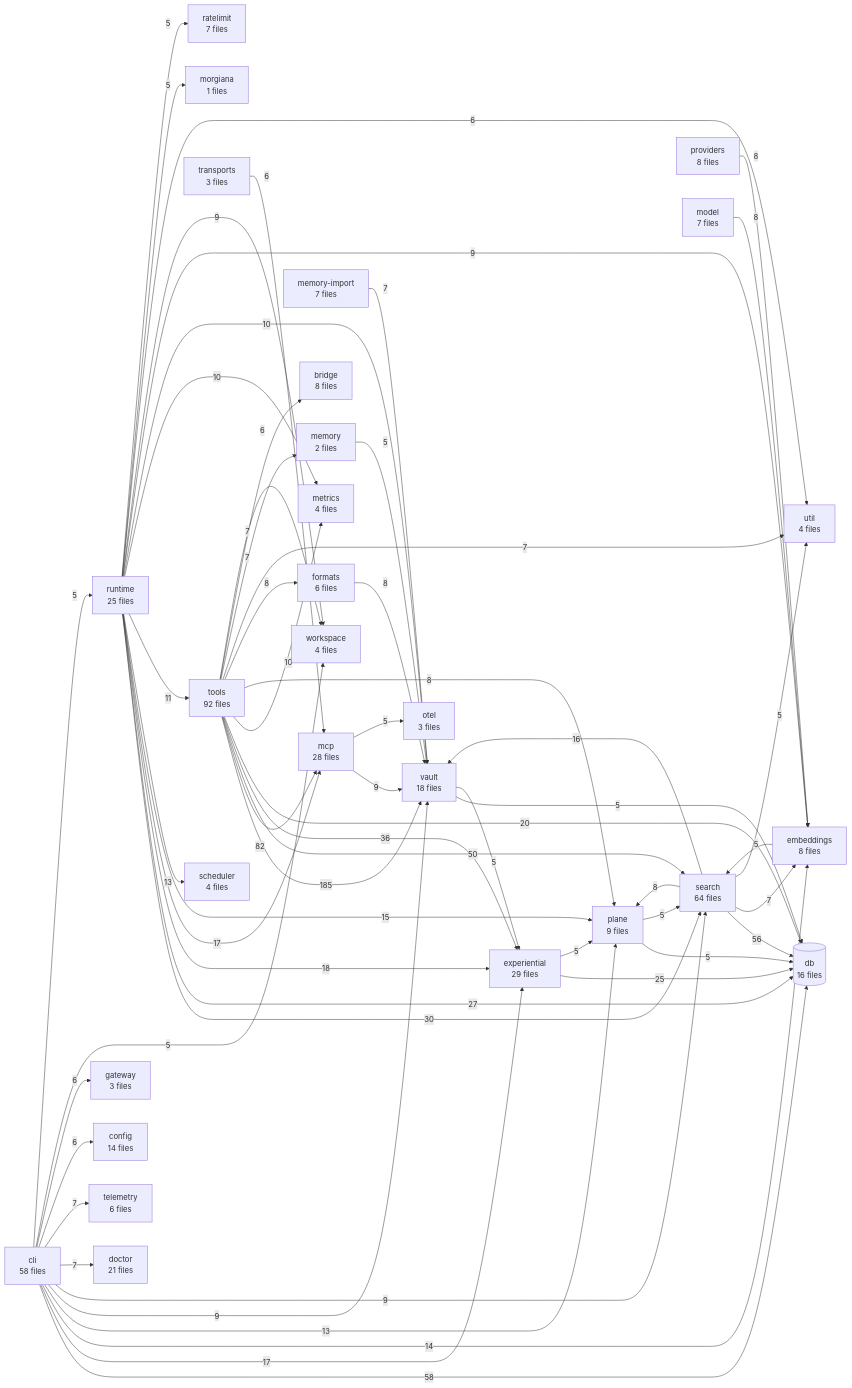
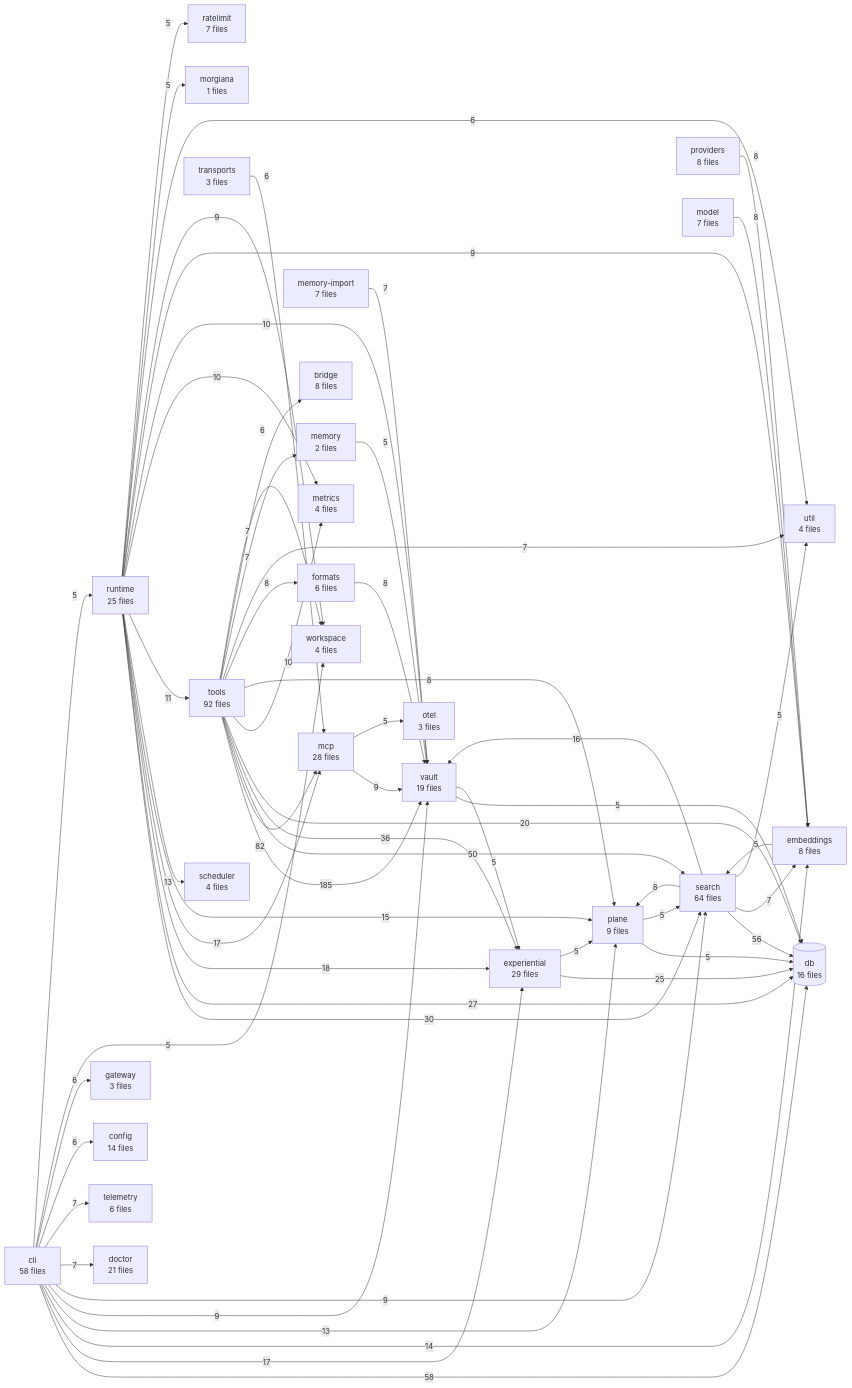
Before and after one commit to The-40-Thieves/obsidian-tc: the diagram in TREE.md, drawn with Mermaid. The commit also changed other lines of this file and 2 other files, not shown here.

Commit message:
chore(docs): regenerate TREE.md, decisions index and dependency graph after rebasing onto main

```diff
--- a/TREE.md
+++ b/TREE.md
@@ -333,7 +333,7 @@
   mcp[mcp<br/>28 files]
   runtime[runtime<br/>25 files]
   doctor[doctor<br/>21 files]
-  vault[vault<br/>18 files]
+  vault[vault<br/>19 files]
   db[(db<br/>16 files)]
   config[config<br/>14 files]
   plane[plane<br/>9 files]
```
